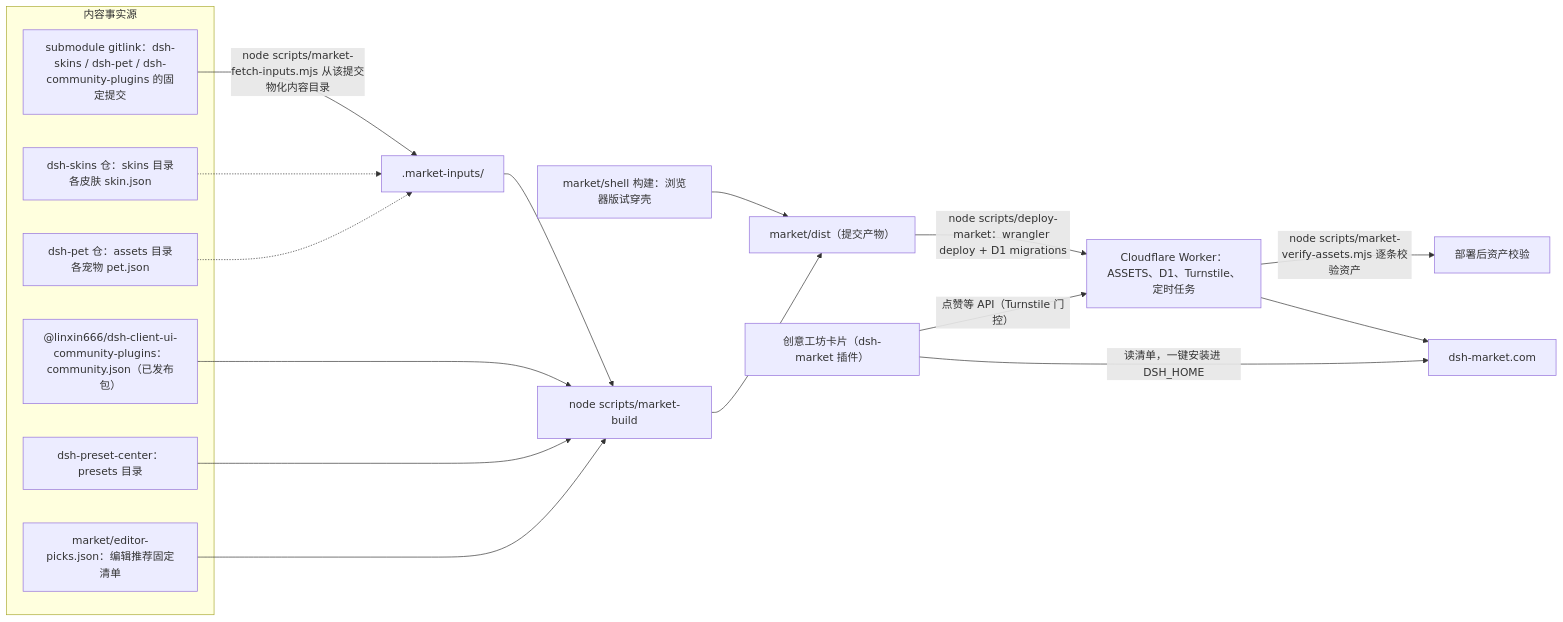
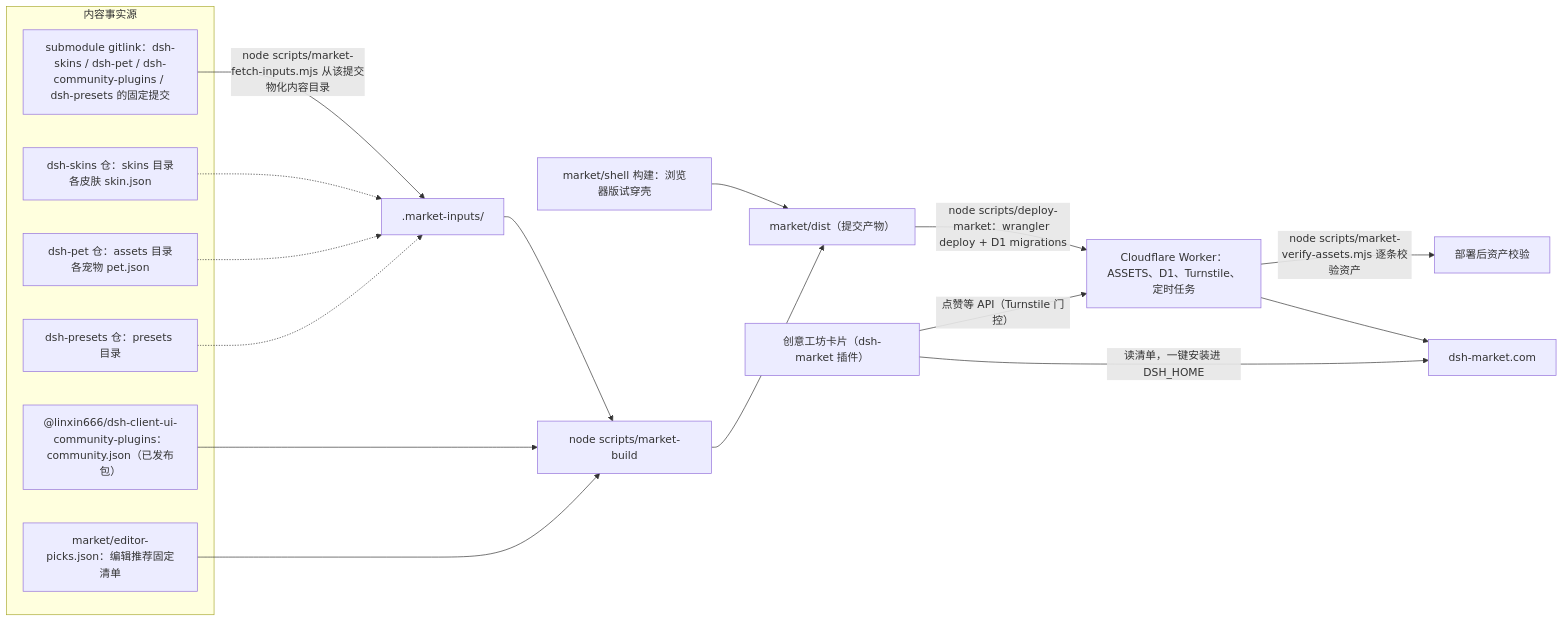
The seventh of 9 diagrams in docs/architecture.md (LoveDoLove-Forked-Projects/dsh-web), drawn with Mermaid before and after one commit. The commit also changed other lines of this file and 150 other files, not shown here.

````diff
--- a/docs/architecture.md
+++ b/docs/architecture.md
@@ -120,25 +120,25 @@
 ```mermaid
 flowchart LR
     subgraph srcs["内容事实源"]
-        L["submodule gitlink：dsh-skins / dsh-pet / dsh-community-plugins 的固定提交"]
+        L["submodule gitlink：dsh-skins / dsh-pet / dsh-community-plugins / dsh-presets 的固定提交"]
         S1["dsh-skins 仓：skins 目录各皮肤 skin.json"]
         S2["dsh-pet 仓：assets 目录各宠物 pet.json"]
         S3["@linxin666/dsh-client-ui-community-plugins：community.json（已发布包）"]
-        S4["dsh-preset-center：presets 目录"]
+        S4["dsh-presets 仓：presets 目录"]
         S5["market/editor-picks.json：编辑推荐固定清单"]
     end
     L -- "node scripts/market-fetch-inputs.mjs 从该提交物化内容目录" --> FETCH[".market-inputs/"]
     S1 -.-> FETCH
     S2 -.-> FETCH
+    S4 -.-> FETCH
     FETCH --> MB["node scripts/market-build"]
     S3 --> MB
-    S4 --> MB
     S5 --> MB
     SHELL["market/shell 构建：浏览器版试穿壳"] --> DIST["market/dist（提交产物）"]
     MB --> DIST
     DIST -- "node scripts/deploy-market：wrangler deploy + D1 migrations" --> W["Cloudflare Worker：ASSETS、D1、Turnstile、定时任务"]
     W -- "node scripts/market-verify-assets.mjs 逐条校验资产" --> VERIFY["部署后资产校验"]
     W --> SITE["dsh-market.com"]
     CARD["创意工坊卡片（dsh-market 插件）"] -- "读清单，一键安装进 DSH_HOME" --> SITE
     CARD -- "点赞等 API（Turnstile 门控）" --> W
 ```
````
